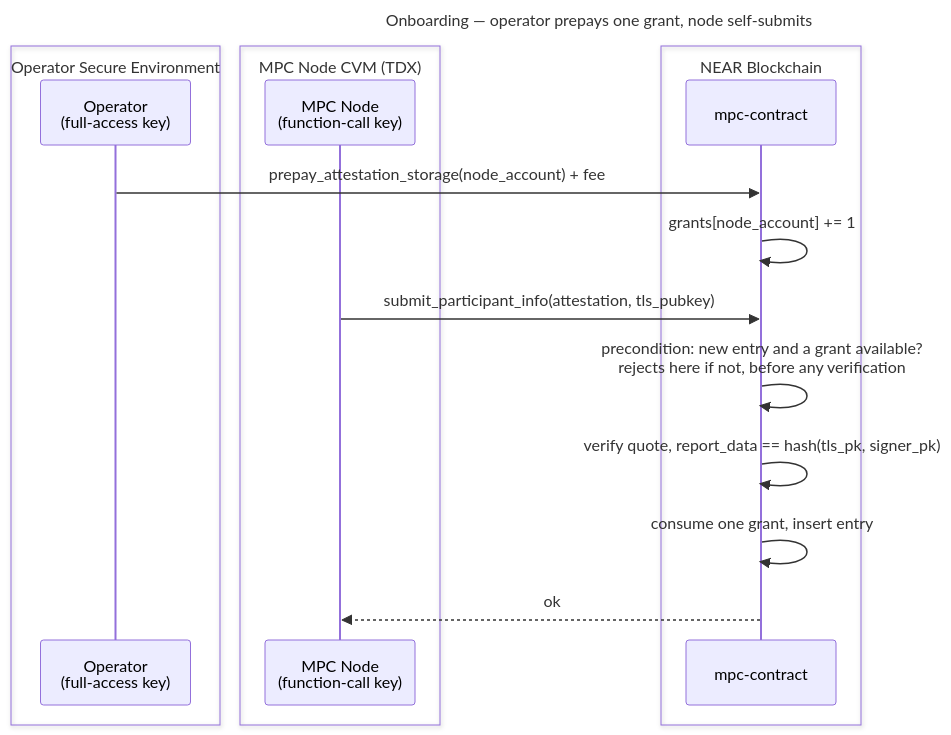
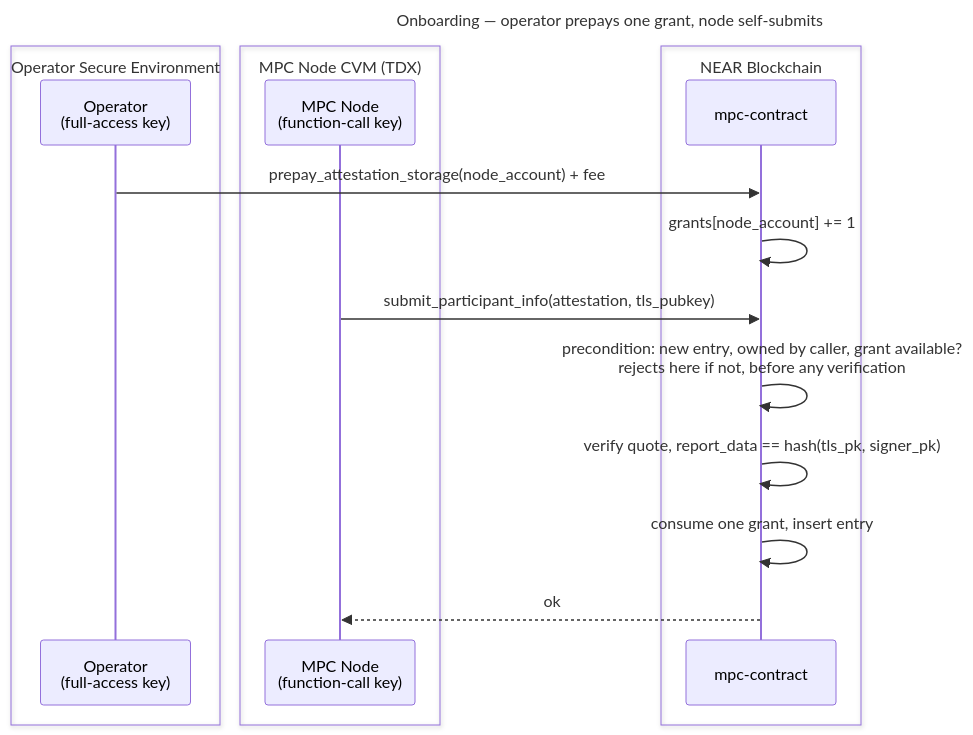
Before and after one commit to near/mpc: the diagram in docs/design/operator-prepaid-attestation-storage.md, drawn with Mermaid. The commit also changed other lines of this file, not shown here.

````diff
--- a/docs/design/operator-prepaid-attestation-storage.md
+++ b/docs/design/operator-prepaid-attestation-storage.md
@@ -149,24 +70,24 @@
 ```mermaid
 ---
 title: Onboarding — operator prepays one grant, node self-submits
 ---
 sequenceDiagram
     box Operator Secure Environment
         participant OP as Operator<br/>(full-access key)
     end
     box MPC Node CVM (TDX)
         participant NODE as MPC Node<br/>(function-call key)
     end
     box NEAR Blockchain
         participant BC as mpc-contract
     end
 
     OP ->> BC: prepay_attestation_storage(node_account) + fee
     BC ->> BC: grants[node_account] += 1
 
     NODE ->> BC: submit_participant_info(attestation, tls_pubkey)
-    BC ->> BC: precondition: new entry and a grant available?<br/>rejects here if not, before any verification
+    BC ->> BC: precondition: new entry, owned by caller, grant available?<br/>rejects here if not, before any verification
     BC ->> BC: verify quote, report_data == hash(tls_pk, signer_pk)
     BC ->> BC: consume one grant, insert entry
     BC -->> NODE: ok
 ```
````
